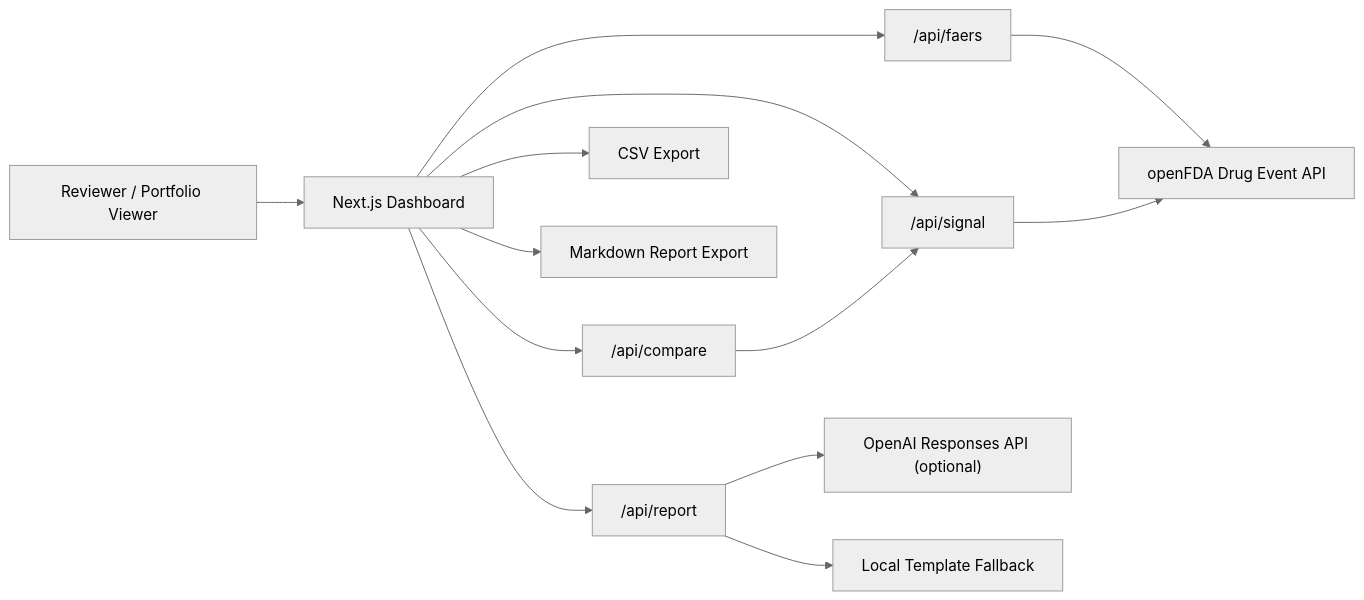
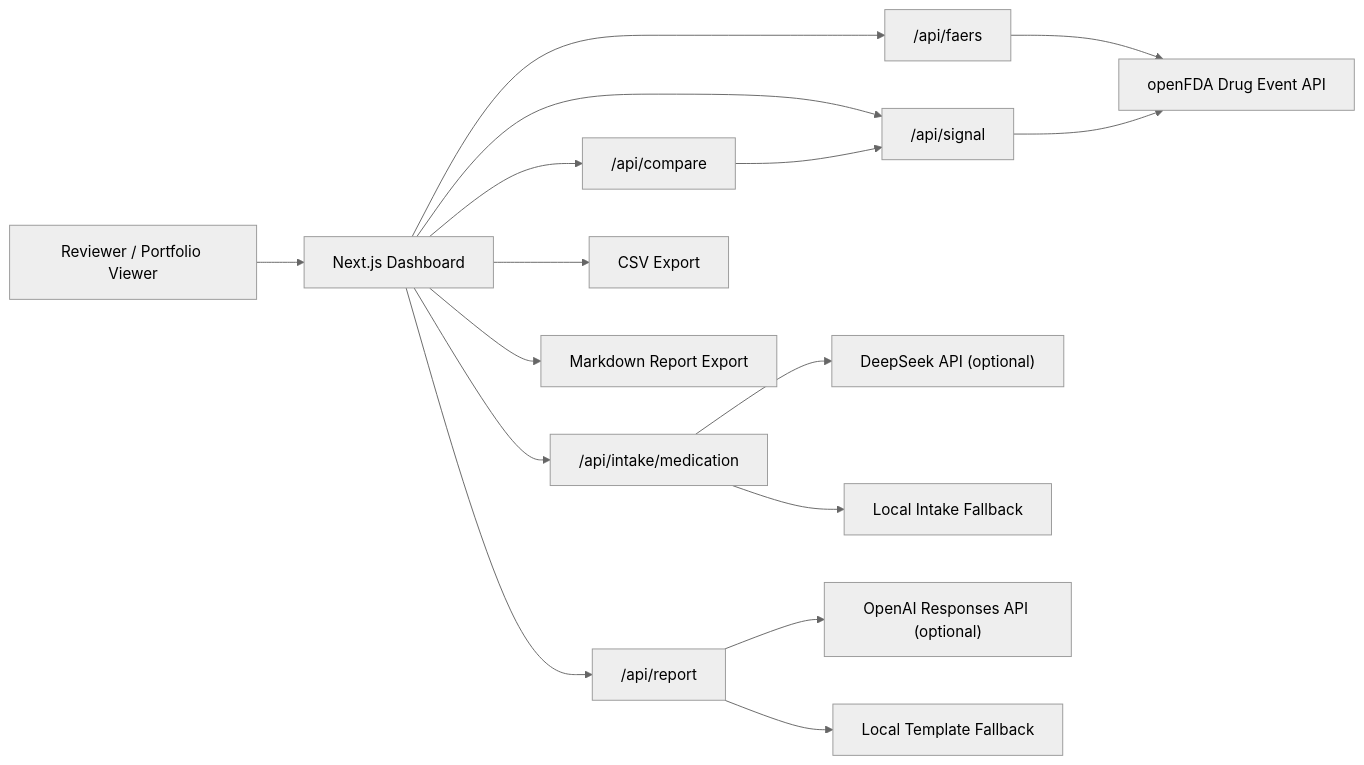
One commit to 67-rui/ai-pharmacovigilance-platform changed the diagram in README.md. Above: the diagram before and after it, drawn with Mermaid (neutral theme). The commit also changed other lines of this file and 8 other files, not shown here.

Commit message:
Add DeepSeek medication intake workflow

````diff
--- a/README.md
+++ b/README.md
@@ -57,17 +60,20 @@
 ```mermaid
 flowchart LR
   User["Reviewer / Portfolio Viewer"] --> UI["Next.js Dashboard"]
   UI --> FaersAPI["/api/faers"]
   UI --> SignalAPI["/api/signal"]
   UI --> CompareAPI["/api/compare"]
+  UI --> IntakeAPI["/api/intake/medication"]
   UI --> ReportAPI["/api/report"]
 
+  IntakeAPI --> DeepSeek["DeepSeek API (optional)"]
+  IntakeAPI --> IntakeFallback["Local Intake Fallback"]
   FaersAPI --> OpenFDA["openFDA Drug Event API"]
   SignalAPI --> OpenFDA
   CompareAPI --> SignalAPI
   ReportAPI --> OpenAI["OpenAI Responses API (optional)"]
   ReportAPI --> Template["Local Template Fallback"]
 
   UI --> CSV["CSV Export"]
   UI --> MD["Markdown Report Export"]
 ```
````
